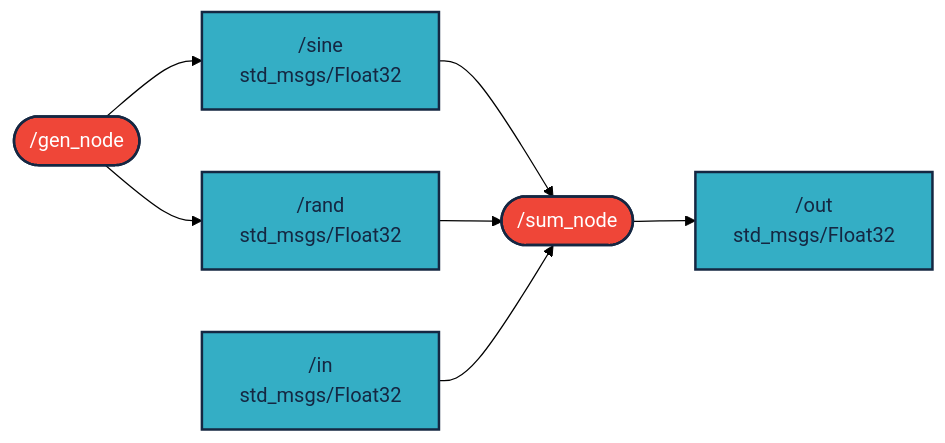
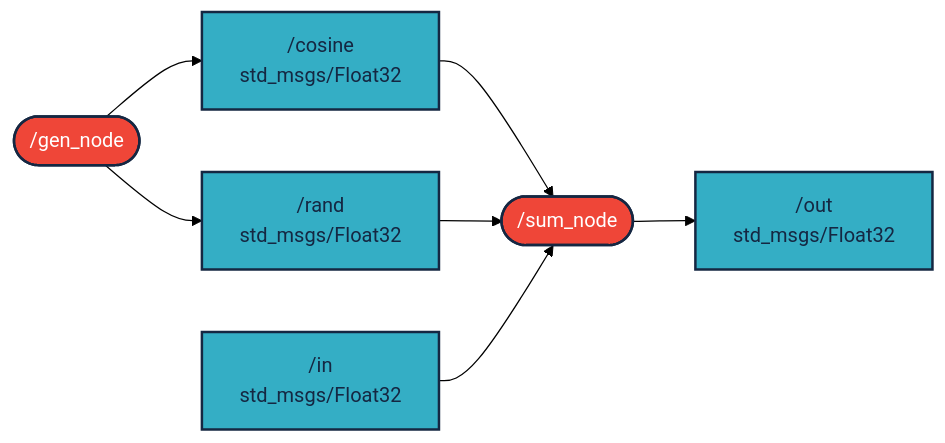
One commit to protein2/jam_re7_kicsibeadando changed the diagram in README.md. Above: the diagram before and after it, drawn with Mermaid (forest theme).

Commit message:
mermaid graph veglegesitese

````diff
--- a/README.md
+++ b/README.md
@@ -44,15 +44,15 @@
 ``` mermaid
 graph LR;
 
-gen([ /gen_node]):::red --> sine
+gen([ /gen_node]):::red --> cosine
 gen --> rand[ /rand<br/>std_msgs/Float32]:::light 
-sine[ /sine<br/>std_msgs/Float32]:::light --> sum([ /sum_node]):::red
+cosine[ /cosine<br/>std_msgs/Float32]:::light --> sum([ /sum_node]):::red
 sum --> out[ /out<br/>std_msgs/Float32]:::light 
 rand --> sum
 in[ /in<br/>std_msgs/Float32]:::light --> sum
 
 classDef light fill:#34aec5,stroke:#152742,stroke-width:2px,color:#152742  
 classDef dark fill:#152742,stroke:#34aec5,stroke-width:2px,color:#34aec5
 classDef white fill:#ffffff,stroke:#152742,stroke-width:2px,color:#152742
 classDef red fill:#ef4638,stroke:#152742,stroke-width:2px,color:#fff
 ```
````
